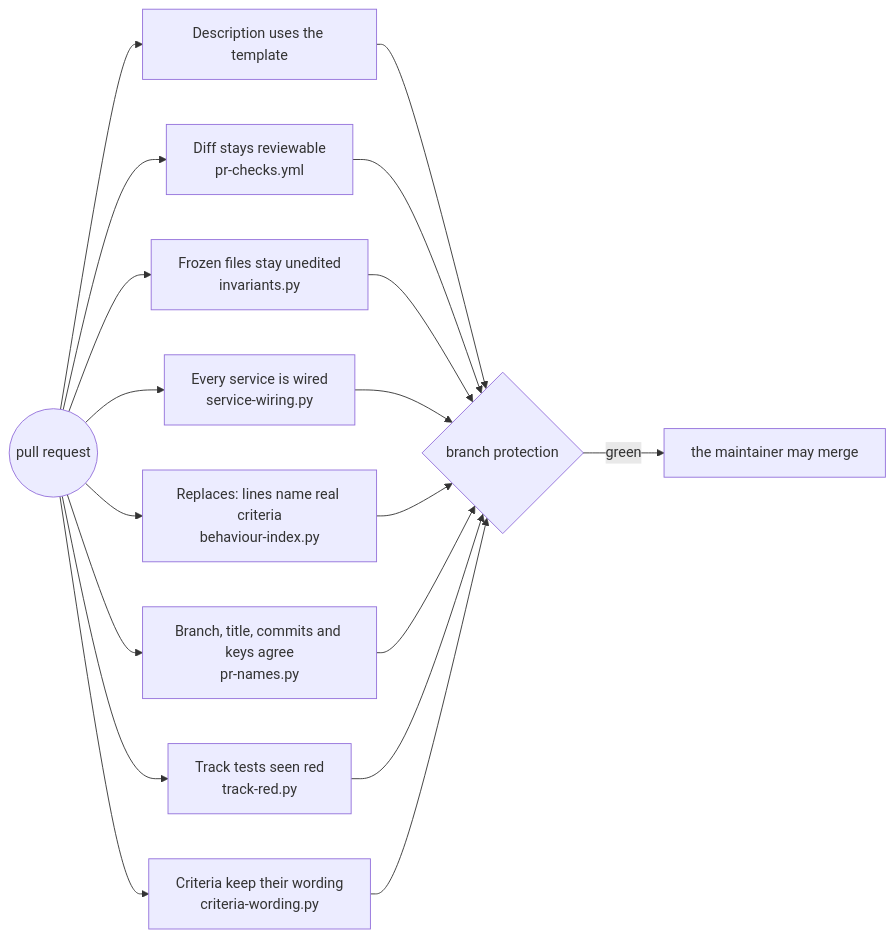
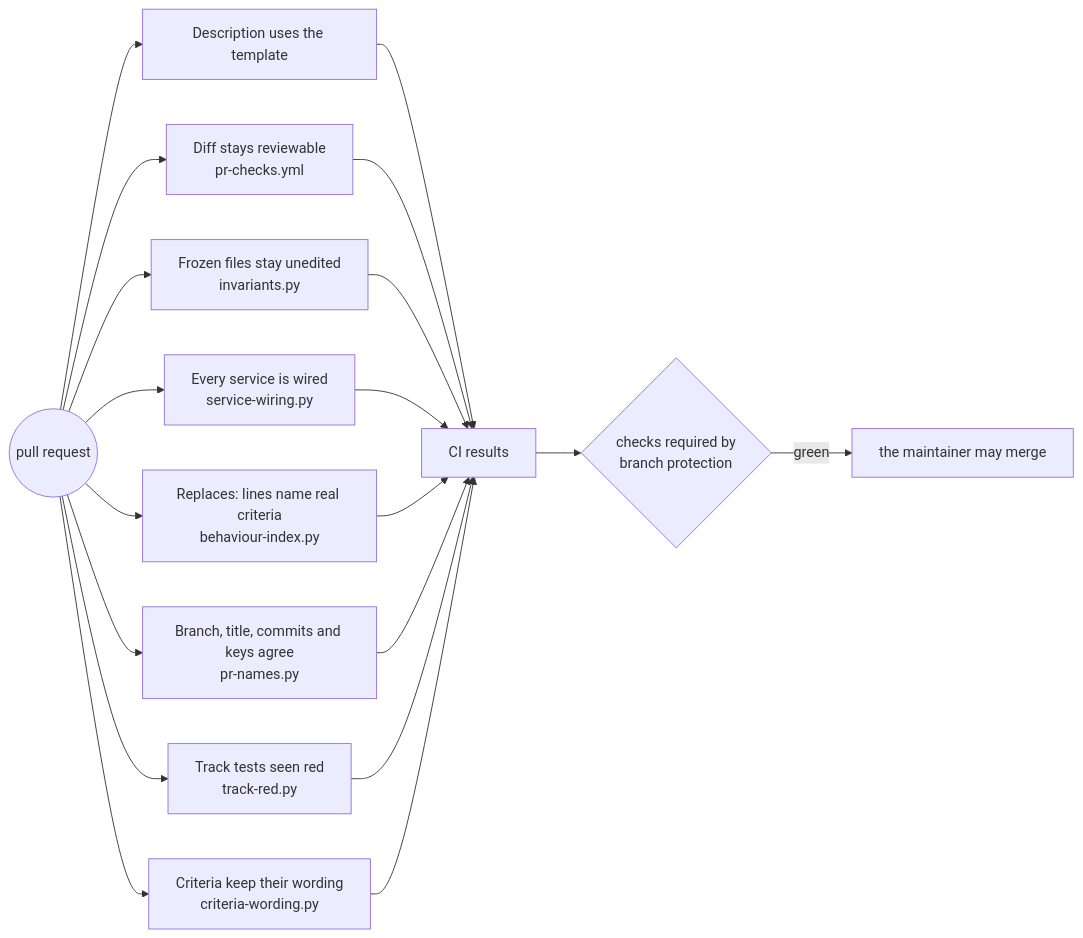
Diagram 13 of 17 in docs/architecture.md (Yusuprozimemet/agentic-workflow-kit), drawn with Mermaid before and after one commit. The commit also changed other lines of this file, not shown here.

Commit message:
docs: refresh architecture controls

````diff
--- a/docs/architecture.md
+++ b/docs/architecture.md
@@ -296,13 +297,14 @@
 ```mermaid
 flowchart LR
     PR((pull request)) --> J1["Description uses the template"]
     PR --> J2["Diff stays reviewable<br/>pr-checks.yml"]
     PR --> J3["Frozen files stay unedited<br/>invariants.py"]
     PR --> J4["Every service is wired<br/>service-wiring.py"]
     PR --> J5["Replaces: lines name real criteria<br/>behaviour-index.py"]
     PR --> J6["Branch, title, commits and keys agree<br/>pr-names.py"]
     PR --> J7["Track tests seen red<br/>track-red.py"]
     PR --> J8["Criteria keep their wording<br/>criteria-wording.py"]
-    J1 & J2 & J3 & J4 & J5 & J6 & J7 & J8 --> BP{"branch protection"}
+    J1 & J2 & J3 & J4 & J5 & J6 & J7 & J8 --> RESULTS["CI results"]
+    RESULTS --> BP{"checks required by<br/>branch protection"}
     BP -- green --> MERGE["the maintainer may merge"]
 ```
````
